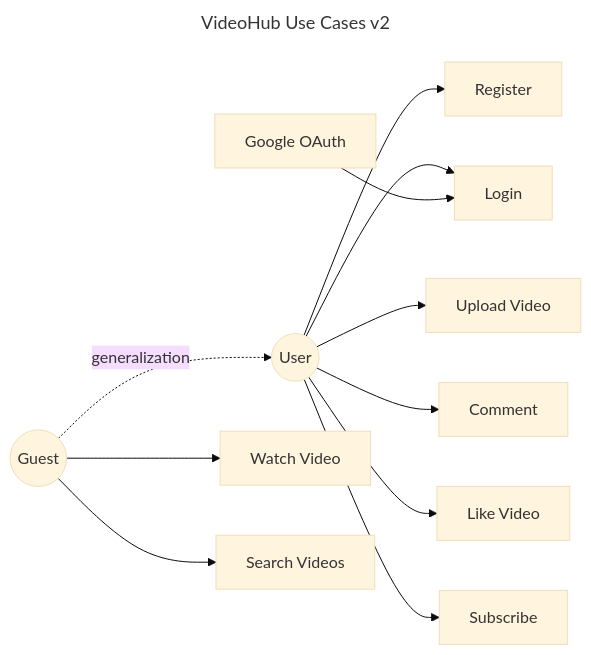
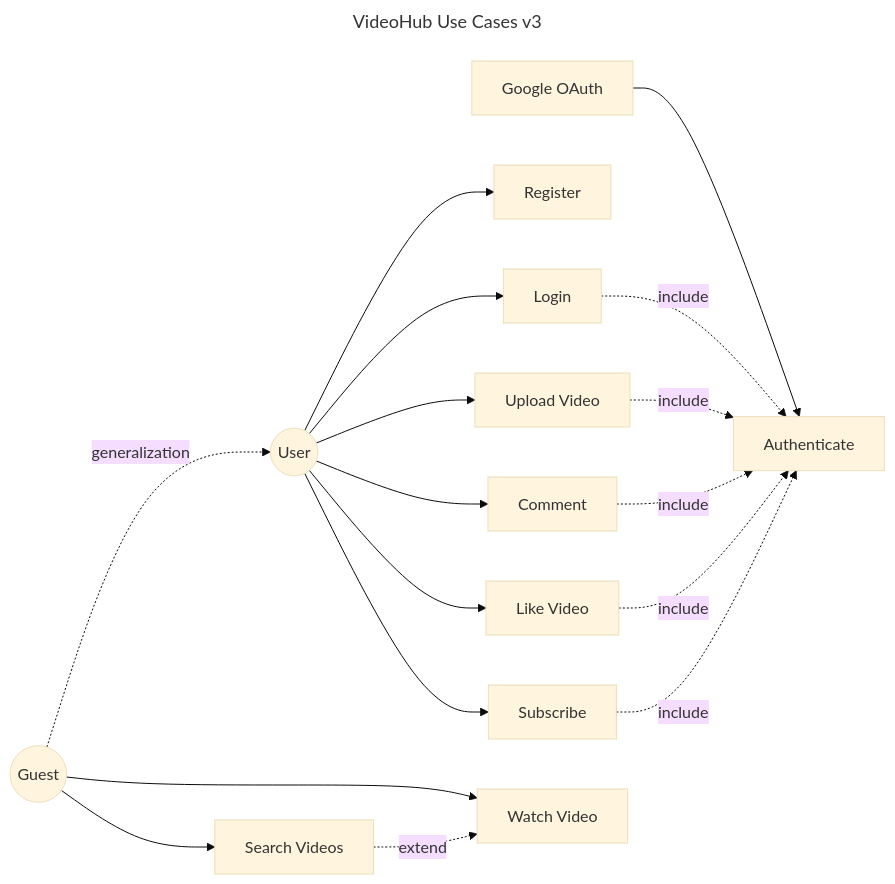
Before and after one commit to ezpectus/kpi2__Mavpz-Labs: the diagram in Labs/lab2-usecases/model/usecase.mmd, drawn with Mermaid (base theme).

Commit message:
lab2: fix - add include extend relationships

```diff
--- a/Labs/lab2-usecases/model/usecase.mmd
+++ b/Labs/lab2-usecases/model/usecase.mmd
@@ -1,28 +1,36 @@
 ---
-title: VideoHub Use Cases v2
+title: VideoHub Use Cases v3
 ---
 graph LR
     Guest((Guest))
     User((User))
     Google[Google OAuth]
 
     Guest -.->|generalization| User
 
     UC1[Register]
     UC2[Login]
     UC3[Upload Video]
     UC4[Watch Video]
     UC5[Comment]
     UC6[Like Video]
     UC7[Subscribe]
     UC8[Search Videos]
+    UC9[Authenticate]
 
     Guest --> UC4
     Guest --> UC8
     User --> UC1
     User --> UC2
     User --> UC3
     User --> UC5
     User --> UC6
     User --> UC7
-    Google --> UC2
+    Google --> UC9
+
+    UC2 -.->|include| UC9
+    UC3 -.->|include| UC9
+    UC5 -.->|include| UC9
+    UC6 -.->|include| UC9
+    UC7 -.->|include| UC9
+    UC8 -.->|extend| UC4
```
